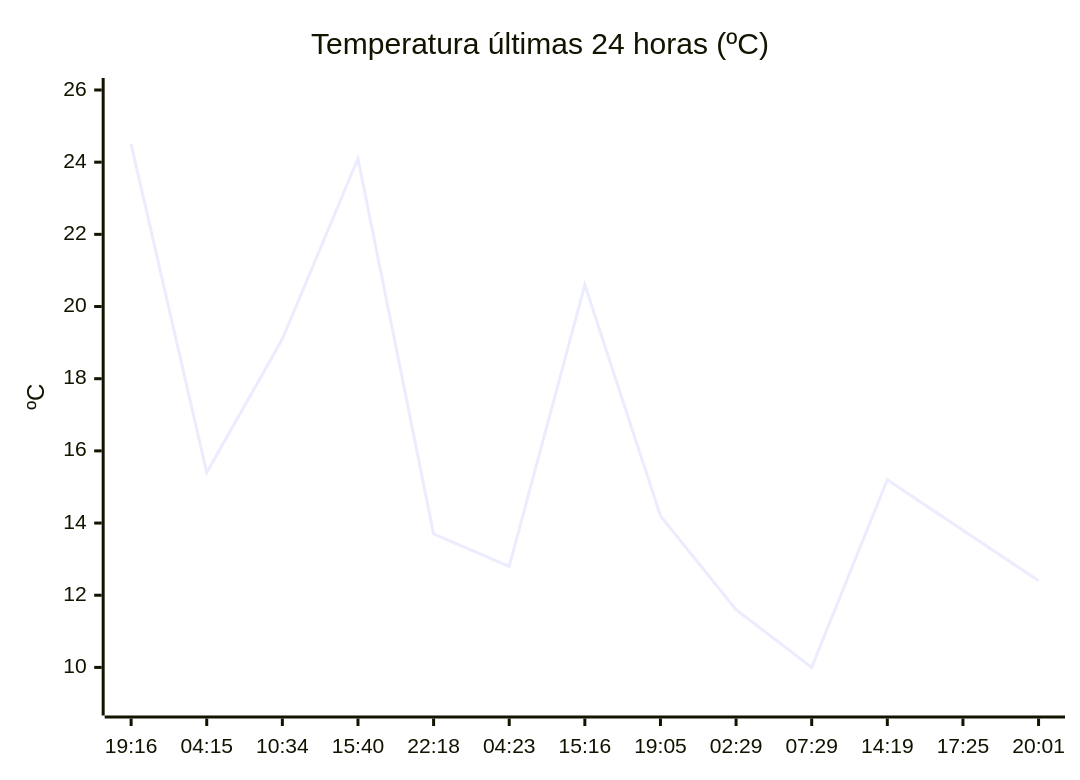
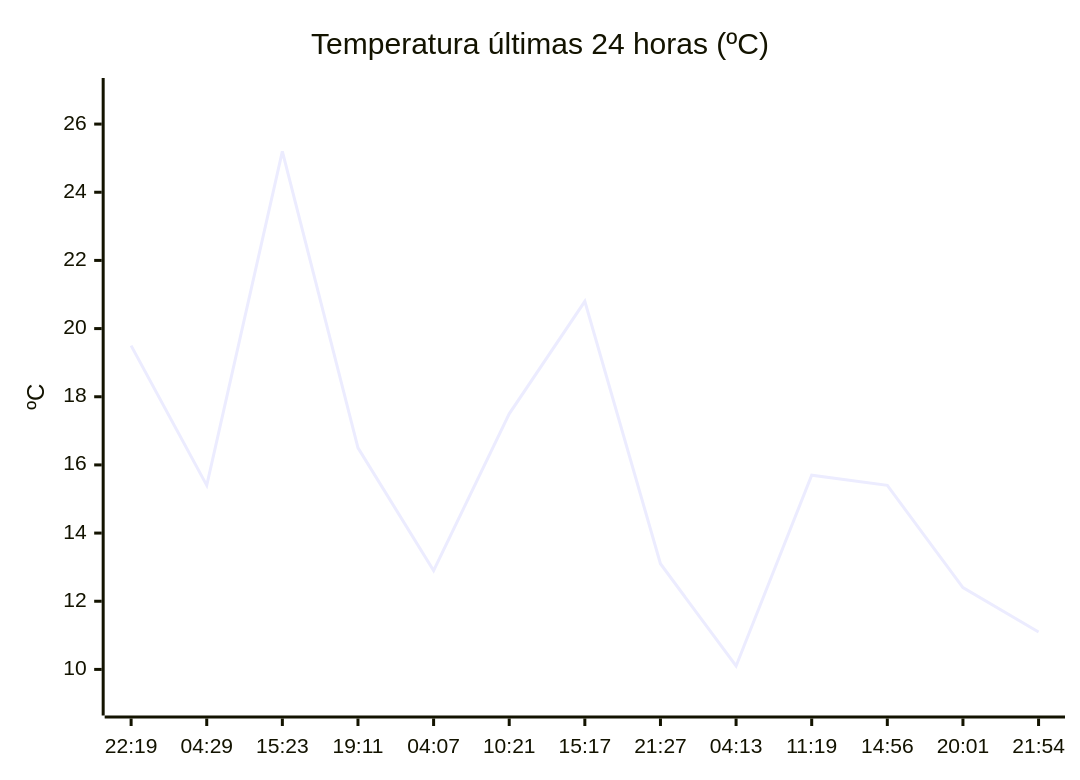
The diagram in README.md (solidsnk86/rem-scrap), drawn with Mermaid before and after one commit. The commit also changed other lines of this file, not shown here.

````diff
--- a/README.md
+++ b/README.md
@@ -36,7 +32,7 @@
 ```mermaid
 xychart-beta
     title "Temperatura últimas 24 horas (ºC)"
-    x-axis ["19:16", "04:15", "10:34", "15:40", "22:18", "04:23", "15:16", "19:05", "02:29", "07:29", "14:19", "17:25", "20:01"]
-    y-axis "ºC" 9 --> 26
-    line [24.5, 15.4, 19.1, 24.1, 13.7, 12.8, 20.6, 14.2, 11.6, 10, 15.2, 13.8, 12.4]
+    x-axis ["22:19", "04:29", "15:23", "19:11", "04:07", "10:21", "15:17", "21:27", "04:13", "11:19", "14:56", "20:01", "21:54"]
+    y-axis "ºC" 9 --> 27
+    line [19.5, 15.4, 25.2, 16.5, 12.9, 17.5, 20.8, 13.1, 10.1, 15.7, 15.4, 12.4, 11.1]
 ```
````
